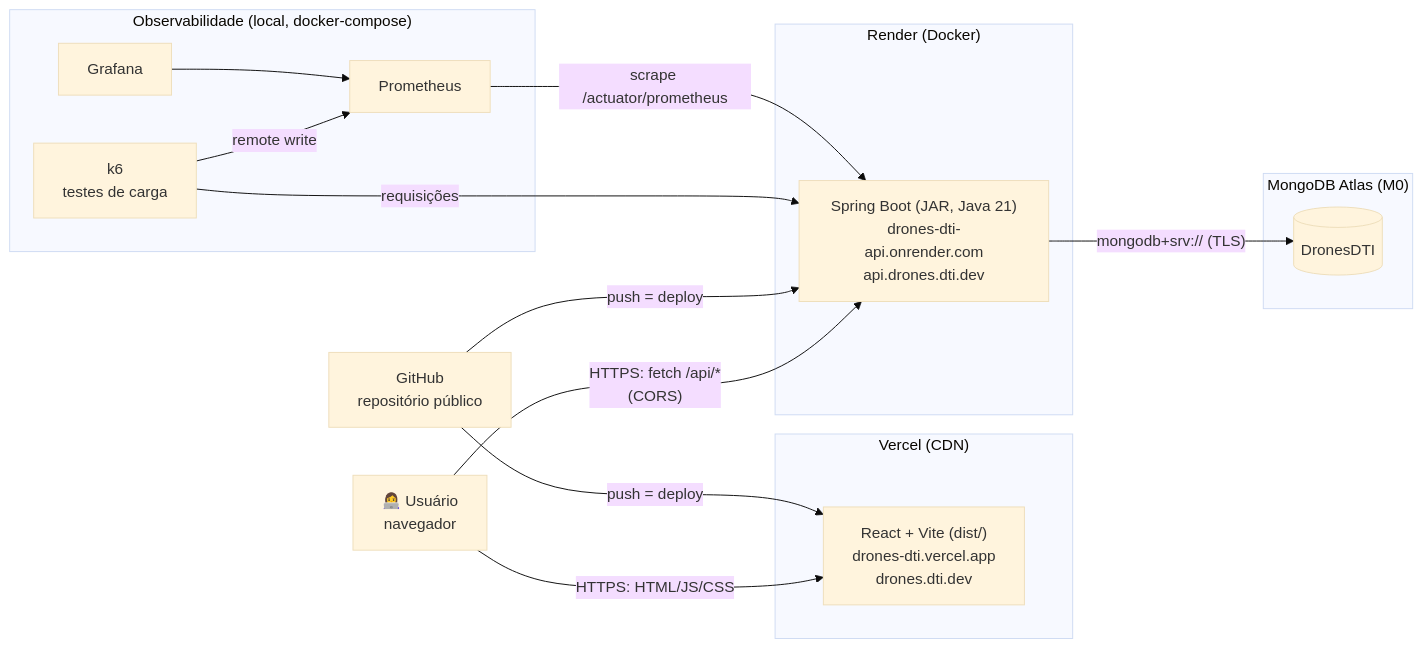
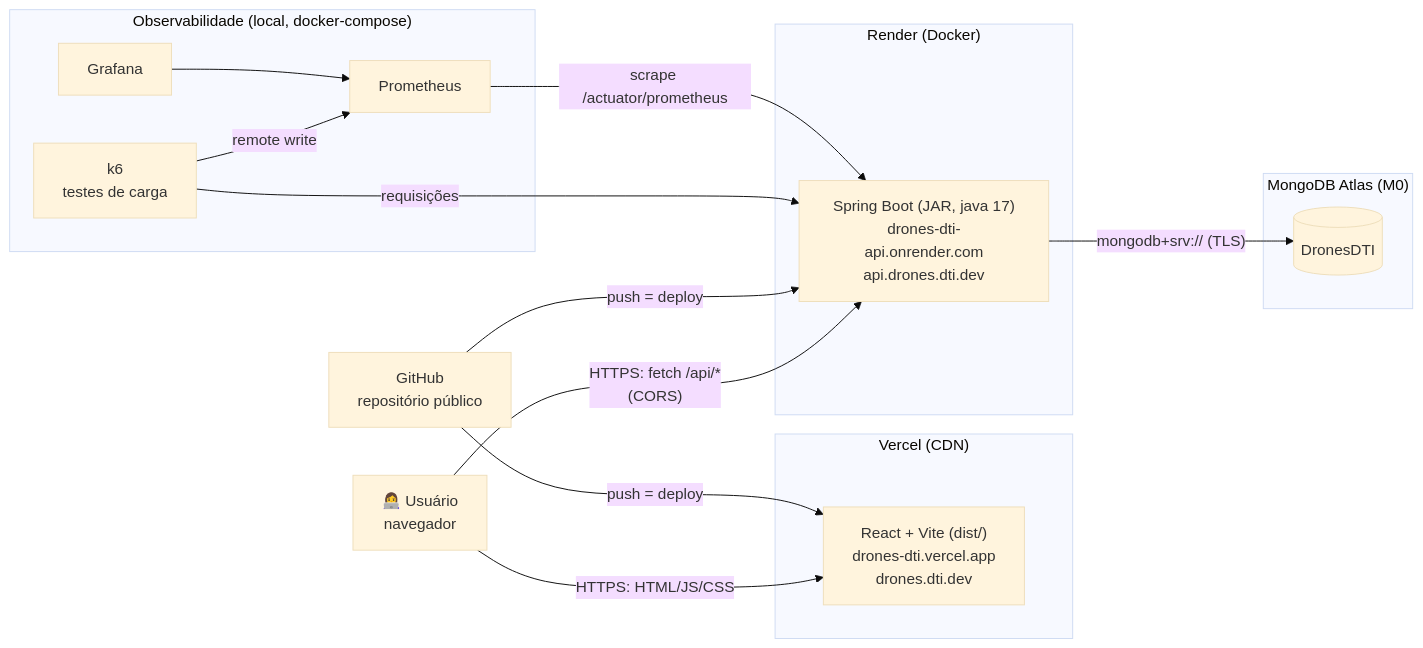
Before and after one commit to joaom-abreu/desenvolvimento-e-integracao-de-aplicacoes-web: the second of 5 diagrams in PROJETOS/FullStack/DronesDTI/README.md, drawn with Mermaid (base theme). The commit also changed other lines of this file, not shown here.

Commit message:
Update Java version from 21 to 17 in README

````diff
--- a/PROJETOS/FullStack/DronesDTI/README.md
+++ b/PROJETOS/FullStack/DronesDTI/README.md
@@ -195,29 +195,29 @@
 ```mermaid
 flowchart LR
     U["👩‍💻 Usuário<br/>navegador"]
     subgraph Vercel["Vercel (CDN)"]
         F["React + Vite (dist/)<br/>drones-dti.vercel.app<br/>drones.dti.dev"]
     end
     subgraph Render["Render (Docker)"]
-        B["Spring Boot (JAR, Java 21)<br/>drones-dti-api.onrender.com<br/>api.drones.dti.dev"]
+        B["Spring Boot (JAR, java 17)<br/>drones-dti-api.onrender.com<br/>api.drones.dti.dev"]
     end
     subgraph Atlas["MongoDB Atlas (M0)"]
         M[("DronesDTI")]
     end
     subgraph Obs["Observabilidade (local, docker-compose)"]
         K["k6<br/>testes de carga"]
         PR["Prometheus"]
         G["Grafana"]
     end
     GH["GitHub<br/>repositório público"]
 
     U -- "HTTPS: HTML/JS/CSS" --> F
     U -- "HTTPS: fetch /api/*<br/>(CORS)" --> B
     B -- "mongodb+srv:// (TLS)" --> M
     GH -- "push = deploy" --> F
     GH -- "push = deploy" --> B
     K -- "requisições" --> B
     K -- "remote write" --> PR
     PR -- "scrape /actuator/prometheus" --> B
     G --> PR
 ```
````
